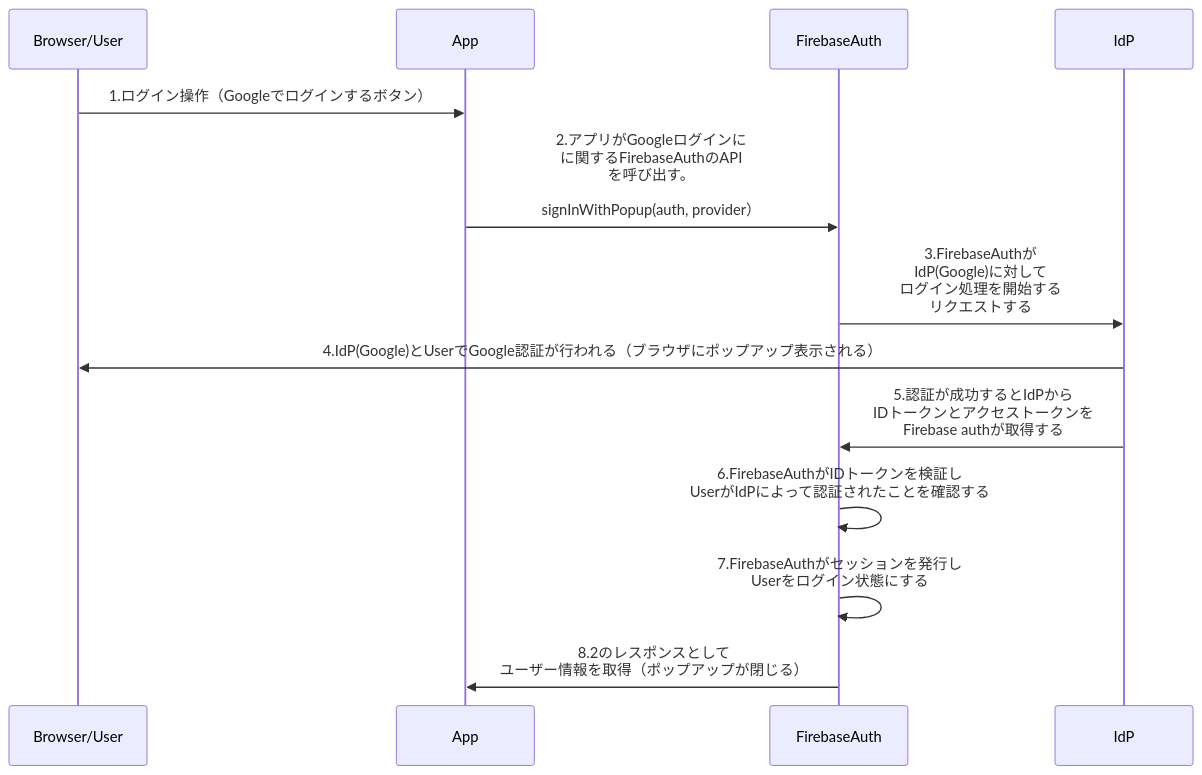
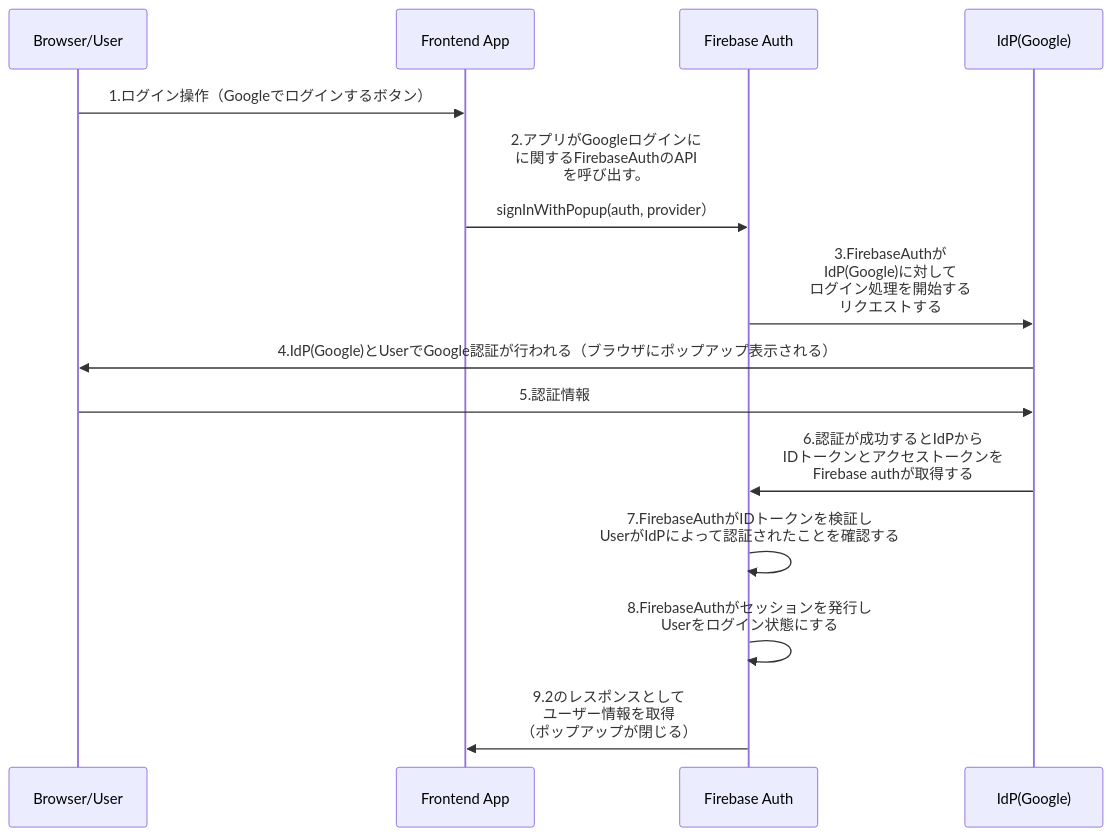
Before and after one commit to shimabukuromeg/social-login-firebase-sample: the diagram in README.md, drawn with Mermaid.

````diff
--- a/README.md
+++ b/README.md
@@ -27,15 +27,16 @@
 ```mermaid
 sequenceDiagram
     participant A as Browser/User
-    participant B as App
-    participant C as FirebaseAuth
-    participant D as IdP
+    participant B as Frontend App
+    participant C as Firebase Auth
+    participant D as IdP(Google)
     A->>B: 1.ログイン操作（Googleでログインするボタン）
     B->>C: 2.アプリがGoogleログインに<br />に関するFirebaseAuthのAPI<br>を呼び出す。<br><br>signInWithPopup(auth, provider）
     C->>D: 3.FirebaseAuthが<br>IdP(Google)に対して<br>ログイン処理を開始する<br>リクエストする
     D->>A: 4.IdP(Google)とUserでGoogle認証が行われる（ブラウザにポップアップ表示される）
-    D->>C: 5.認証が成功するとIdPから<br>IDトークンとアクセストークンを<br>Firebase authが取得する
-    C->>C: 6.FirebaseAuthがIDトークンを検証し<br>UserがIdPによって認証されたことを確認する
-    C->>C: 7.FirebaseAuthがセッションを発行し<br>Userをログイン状態にする
-    C->>B: 8.2のレスポンスとして<br>ユーザー情報を取得（ポップアップが閉じる）
+    A->>D: 5.認証情報
+    D->>C: 6.認証が成功するとIdPから<br>IDトークンとアクセストークンを<br>Firebase authが取得する
+    C->>C: 7.FirebaseAuthがIDトークンを検証し<br>UserがIdPによって認証されたことを確認する
+    C->>C: 8.FirebaseAuthがセッションを発行し<br>Userをログイン状態にする
+    C->>B: 9.2のレスポンスとして<br>ユーザー情報を取得<br>（ポップアップが閉じる）
 ```
````
